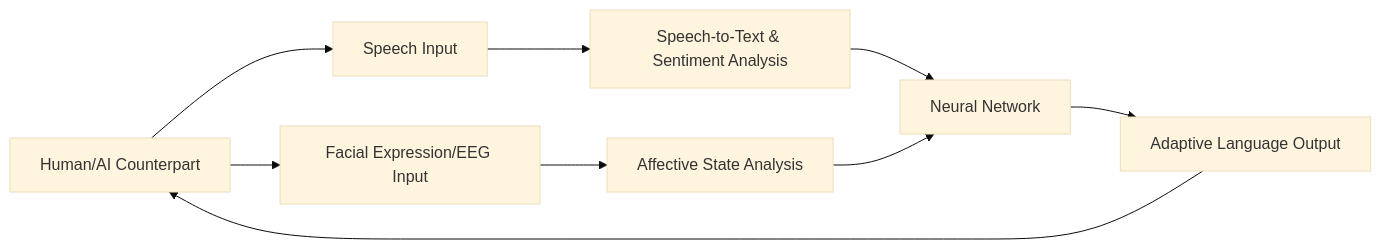
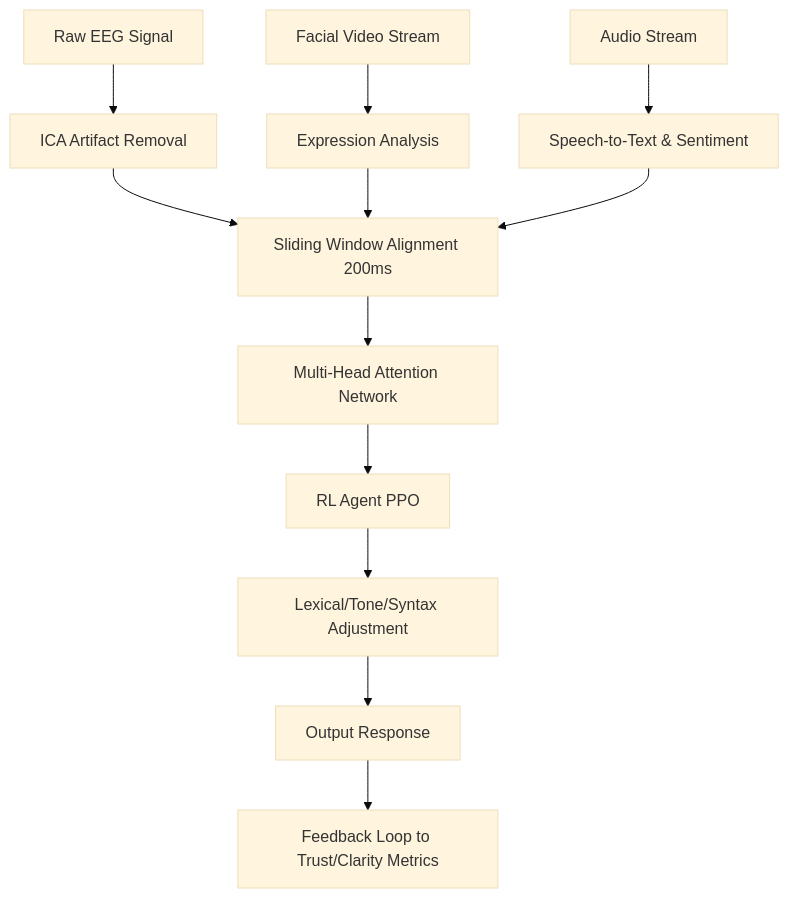
Before and after one commit to shawnhvac/agentworld-prior-art: the diagram in inventions/inv_neural_feedback_driven_language_adaptation_nfda__03346.md, drawn with Mermaid (base theme). The commit also changed other lines of this file and 122 other files, not shown here.

````diff
--- a/inventions/inv_neural_feedback_driven_language_adaptation_nfda__03346.md
+++ b/inventions/inv_neural_feedback_driven_language_adaptation_nfda__03346.md
@@ -47,11 +47,14 @@
 ```mermaid
-graph LR
-A[Human/AI Counterpart] --> B[Speech Input]
-A --> C[Facial Expression/EEG Input]
-B --> D[Speech-to-Text & Sentiment Analysis]
-C --> E[Affective State Analysis]
-D --> F[Neural Network]
-E --> F
-F --> G[Adaptive Language Output]
-G --> A
+graph TD
+    A[Raw EEG Signal] --> B[ICA Artifact Removal]
+    C[Facial Video Stream] --> D[Expression Analysis]
+    E[Audio Stream] --> F[Speech-to-Text & Sentiment]
+    B --> G[Sliding Window Alignment 200ms]
+    D --> G
+    F --> G
+    G --> H[Multi-Head Attention Network]
+    H --> I[RL Agent PPO]
+    I --> J[Lexical/Tone/Syntax Adjustment]
+    J --> K[Output Response]
+    K --> L[Feedback Loop to Trust/Clarity Metrics]
 ```
````
